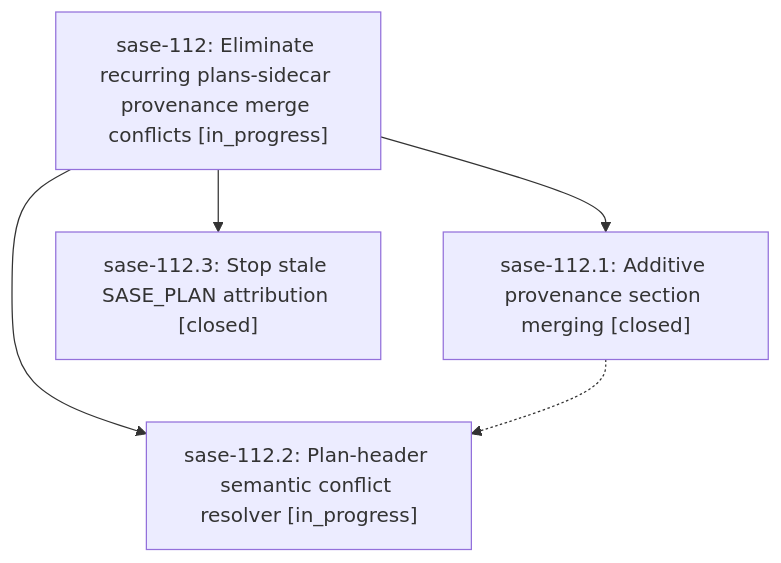
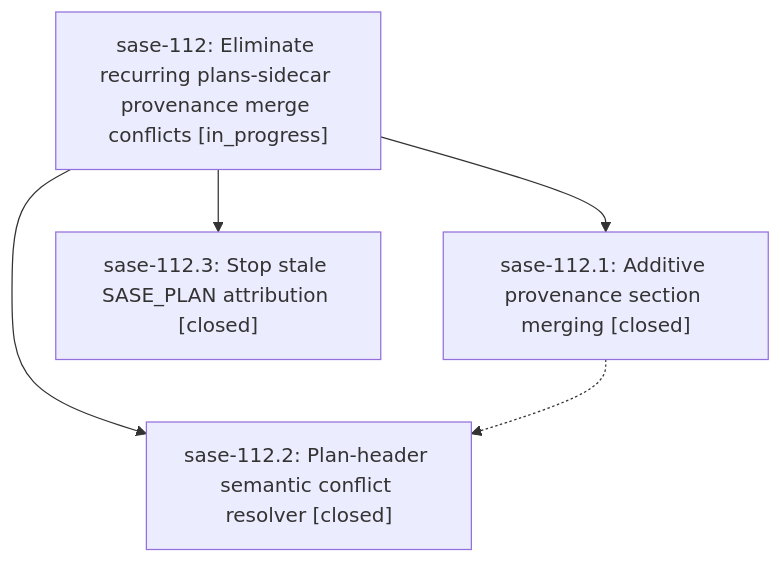
One commit to sase-org/sase--beads changed the diagram in pages/sase-112/README.md. Above: the diagram before and after it, drawn with Mermaid. The commit also changed other lines of this file and 2 other files, not shown here.

First line of the commit message:
chore(beads): sync bead state and pages for sase-112

````diff
--- a/pages/sase-112/README.md
+++ b/pages/sase-112/README.md
@@ -24,11 +24,11 @@
 ```mermaid
 flowchart TD
     n0["sase-112: Eliminate recurring plans-sidecar provenance merge conflicts [in_progress]"]
     n1["sase-112.1: Additive provenance section merging [closed]"]
-    n2["sase-112.2: Plan-header semantic conflict resolver [in_progress]"]
+    n2["sase-112.2: Plan-header semantic conflict resolver [closed]"]
     n3["sase-112.3: Stop stale SASE_PLAN attribution [closed]"]
     n0 --> n1
     n0 --> n2
     n0 --> n3
     n1 -.-> n2
 ```
````
